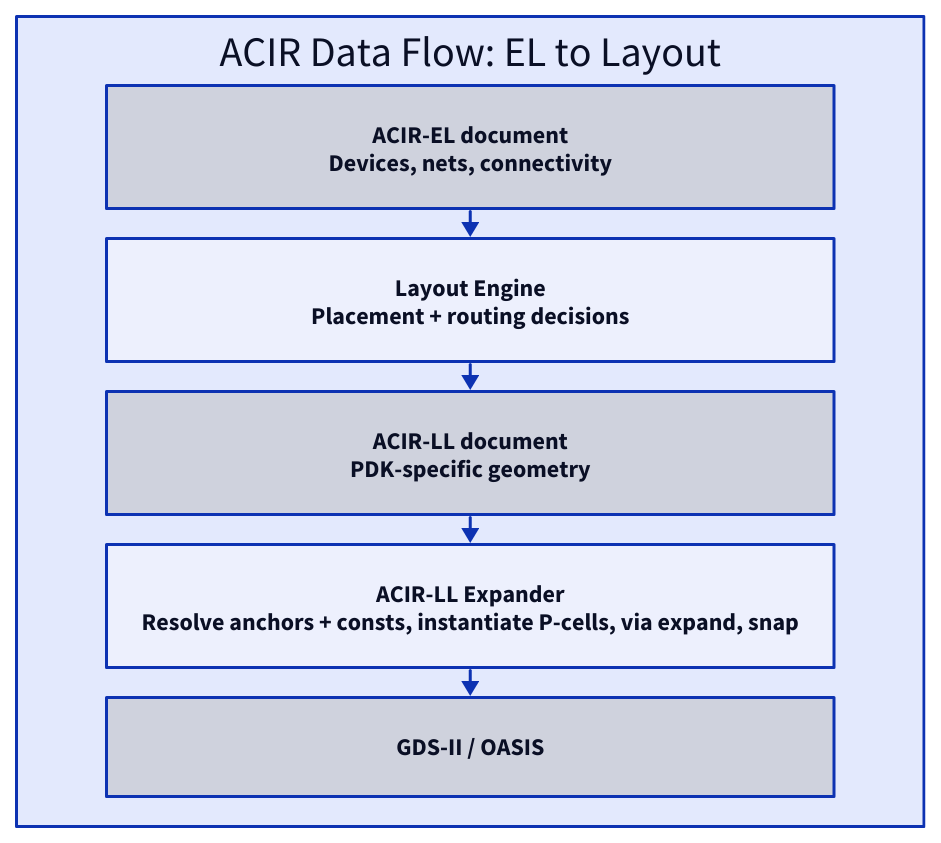
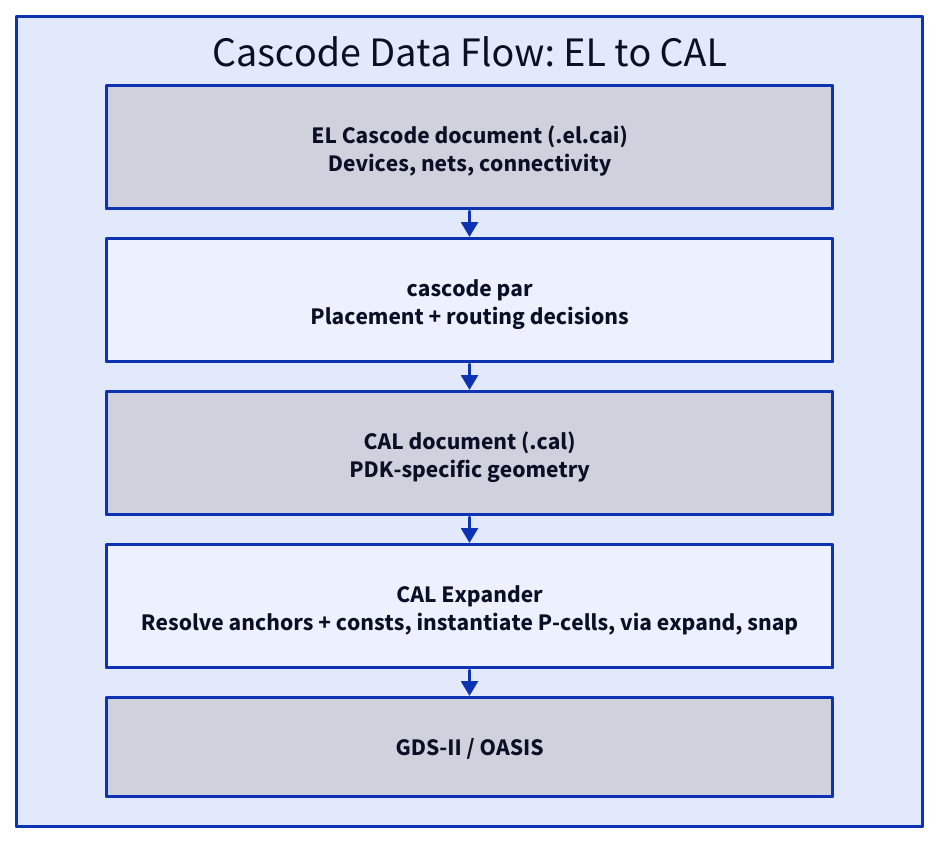
Before and after one commit to daniellovell/cascode: the diagram in docs/rfcs/resources/0001/data-flow.d2, drawn with D2. The commit also changed 10 other files, not shown here.

```diff
--- a/docs/rfcs/resources/0001/data-flow.d2
+++ b/docs/rfcs/resources/0001/data-flow.d2
@@ -1,14 +1,14 @@
 direction: down
 
-pipeline: "ACIR Data Flow: EL to Layout" {
+pipeline: "Cascode Data Flow: EL to CAL" {
   grid-columns: 1
   vertical-gap: 20
 
-  acir_el: "ACIR-EL document\nDevices, nets, connectivity" {style.fill: "#cfd2dd"}
-  layout: "Layout Engine\nPlacement + routing decisions"
-  acir_ll: "ACIR-LL document\nPDK-specific geometry" {style.fill: "#cfd2dd"}
-  expander: "ACIR-LL Expander\nResolve anchors + consts, instantiate P-cells, via expand, snap"
+  el_cai: "EL Cascode document (.el.cai)\nDevices, nets, connectivity" {style.fill: "#cfd2dd"}
+  par: "cascode par\nPlacement + routing decisions"
+  cal_doc: "CAL document (.cal)\nPDK-specific geometry" {style.fill: "#cfd2dd"}
+  expander: "CAL Expander\nResolve anchors + consts, instantiate P-cells, via expand, snap"
   gds: "GDS-II / OASIS" {style.fill: "#cfd2dd"}
 }
 
-pipeline.acir_el -> pipeline.layout -> pipeline.acir_ll -> pipeline.expander -> pipeline.gds
+pipeline.el_cai -> pipeline.par -> pipeline.cal_doc -> pipeline.expander -> pipeline.gds
```
